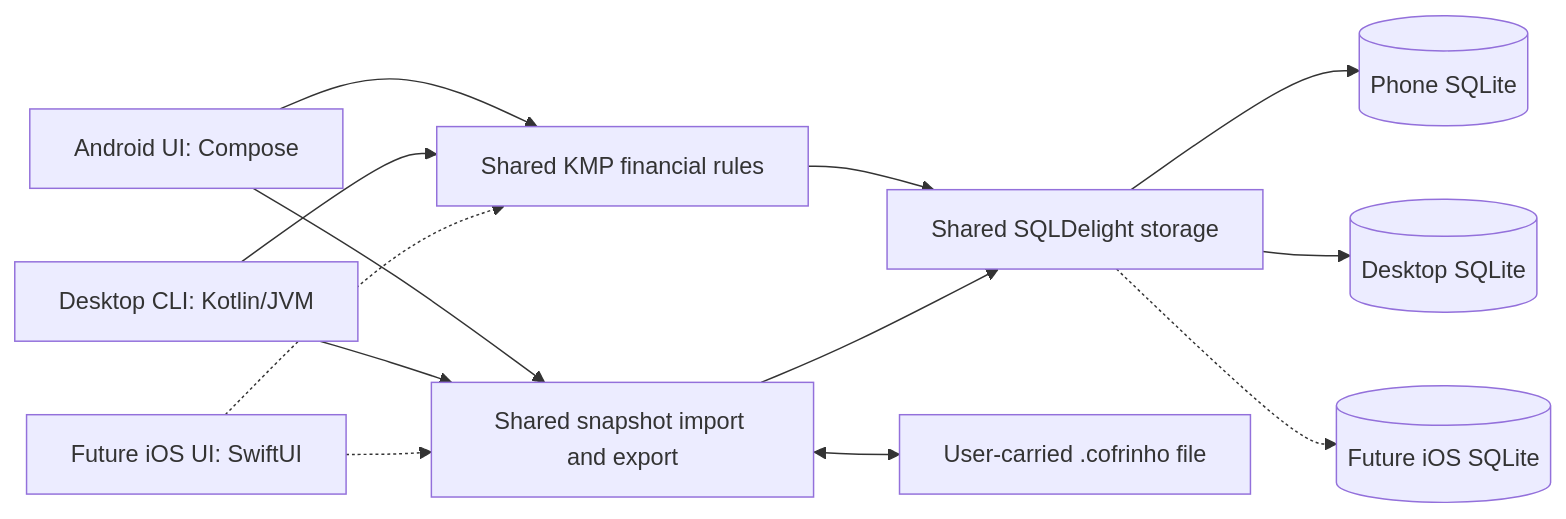
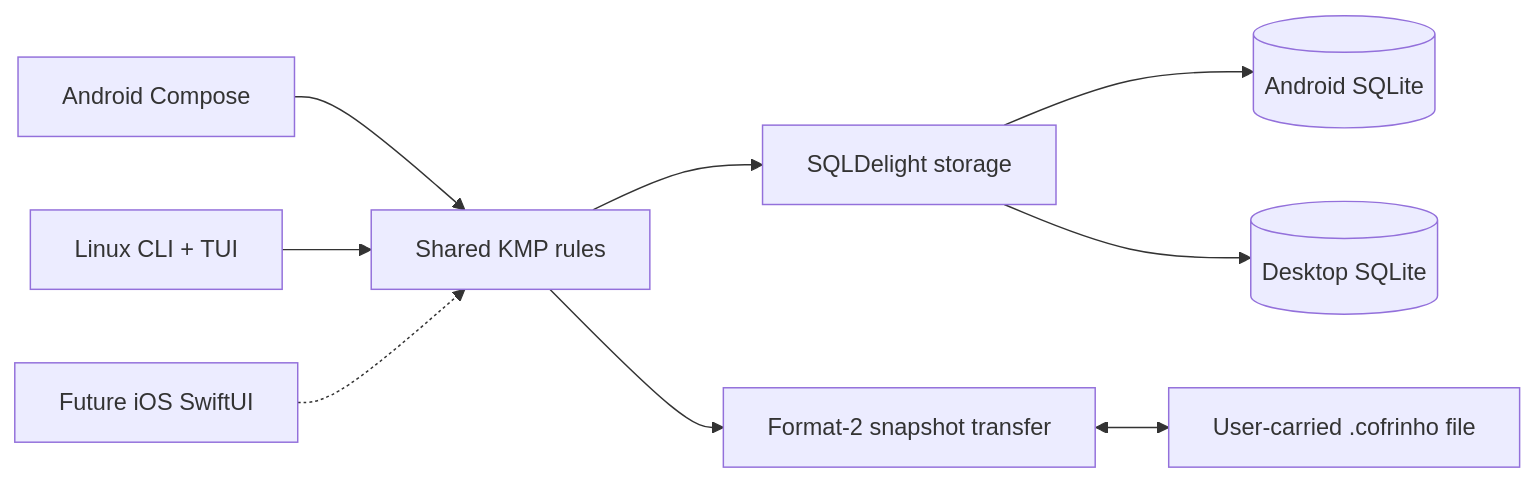
Before and after one commit to pianissoli/cofrinho: the diagram in docs/architecture/README.md, drawn with Mermaid. The commit also changed other lines of this file and 29 other files, not shown here.

````diff
--- a/docs/architecture/README.md
+++ b/docs/architecture/README.md
@@ -55,15 +47,11 @@
 ```mermaid
 flowchart LR
-    Android[Android UI: Compose] --> Rules[Shared KMP financial rules]
-    CLI[Desktop CLI: Kotlin/JVM] --> Rules
-    IOS[Future iOS UI: SwiftUI] -.-> Rules
-    Rules --> Store[Shared SQLDelight storage]
-    Store --> PhoneDB[(Phone SQLite)]
-    Store --> DesktopDB[(Desktop SQLite)]
-    Store -.-> IOSDB[(Future iOS SQLite)]
-    Android --> Exchange[Shared snapshot import and export]
-    CLI --> Exchange
-    IOS -.-> Exchange
-    Exchange --> Store
-    Exchange <--> File[User-carried .cofrinho file]
+    Android[Android Compose] --> Core[Shared KMP rules]
+    CLI[Linux CLI + TUI] --> Core
+    IOS[Future iOS SwiftUI] -.-> Core
+    Core --> Storage[SQLDelight storage]
+    Storage --> Phone[(Android SQLite)]
+    Storage --> Desktop[(Desktop SQLite)]
+    Core --> Transfer[Format-2 snapshot transfer]
+    Transfer <--> File[User-carried .cofrinho file]
 ```
````
